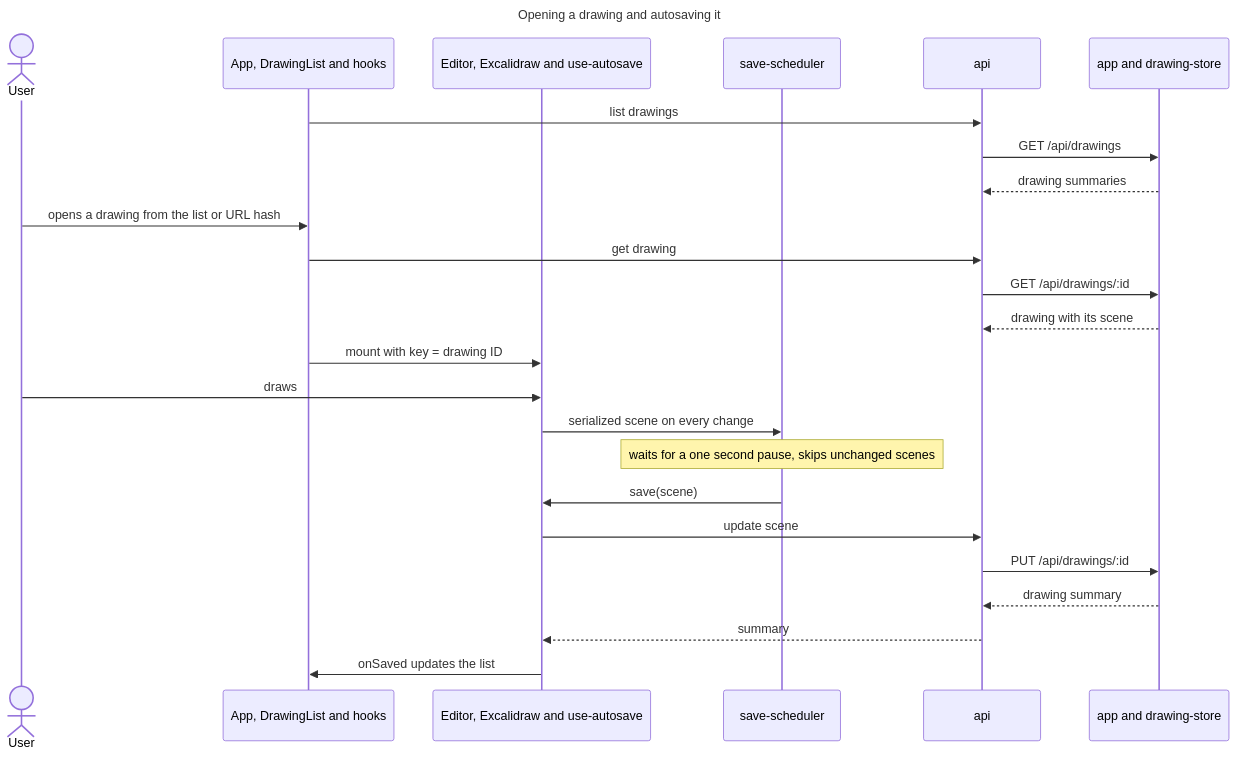
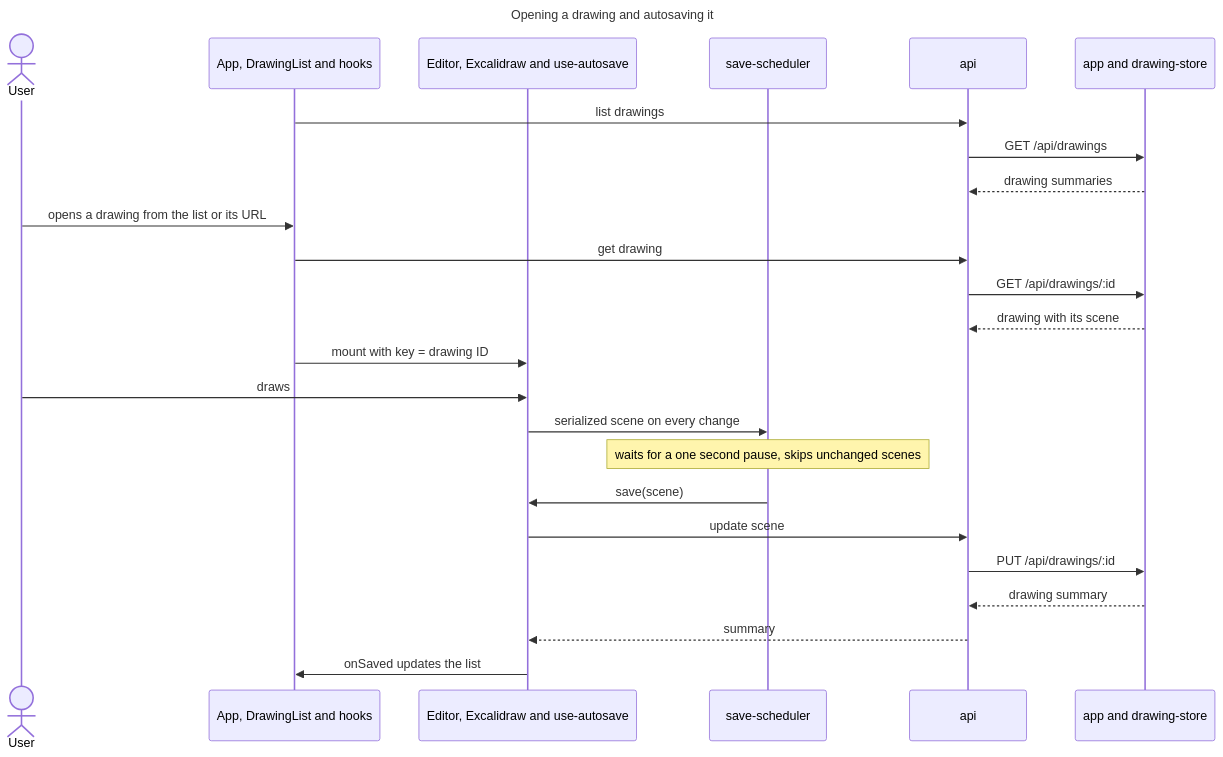
Before and after one commit to remshams/excalidraw-dashboard: the eighth of 10 diagrams in docs/architecture/architecture.md, drawn with Mermaid. The commit also changed other lines of this file and 1 other file, not shown here.

Commit message:
docs(Architecture): describe drawing URLs and the API's 404

````diff
--- a/docs/architecture/architecture.md
+++ b/docs/architecture/architecture.md
@@ -203,29 +205,29 @@
 ```mermaid
 ---
 title: Opening a drawing and autosaving it
 ---
 sequenceDiagram
     actor User
     participant App as App, DrawingList and hooks
     participant Editor as Editor, Excalidraw and use-autosave
     participant Scheduler as save-scheduler
     participant Api as api
     participant Server as app and drawing-store
     App->>Api: list drawings
     Api->>Server: GET /api/drawings
     Server-->>Api: drawing summaries
-    User->>App: opens a drawing from the list or URL hash
+    User->>App: opens a drawing from the list or its URL
     App->>Api: get drawing
     Api->>Server: GET /api/drawings/:id
     Server-->>Api: drawing with its scene
     App->>Editor: mount with key = drawing ID
     User->>Editor: draws
     Editor->>Scheduler: serialized scene on every change
     Note over Scheduler: waits for a one second pause, skips unchanged scenes
     Scheduler->>Editor: save(scene)
     Editor->>Api: update scene
     Api->>Server: PUT /api/drawings/:id
     Server-->>Api: drawing summary
     Api-->>Editor: summary
     Editor->>App: onSaved updates the list
 ```
````
